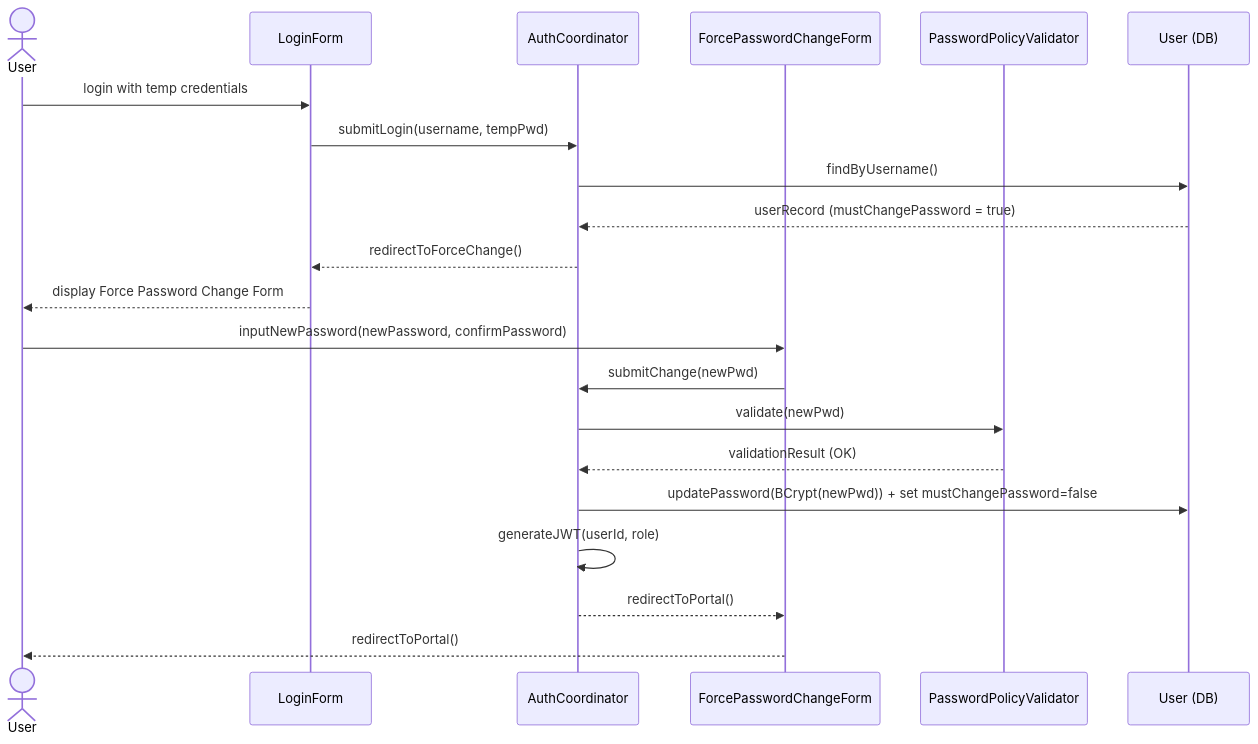
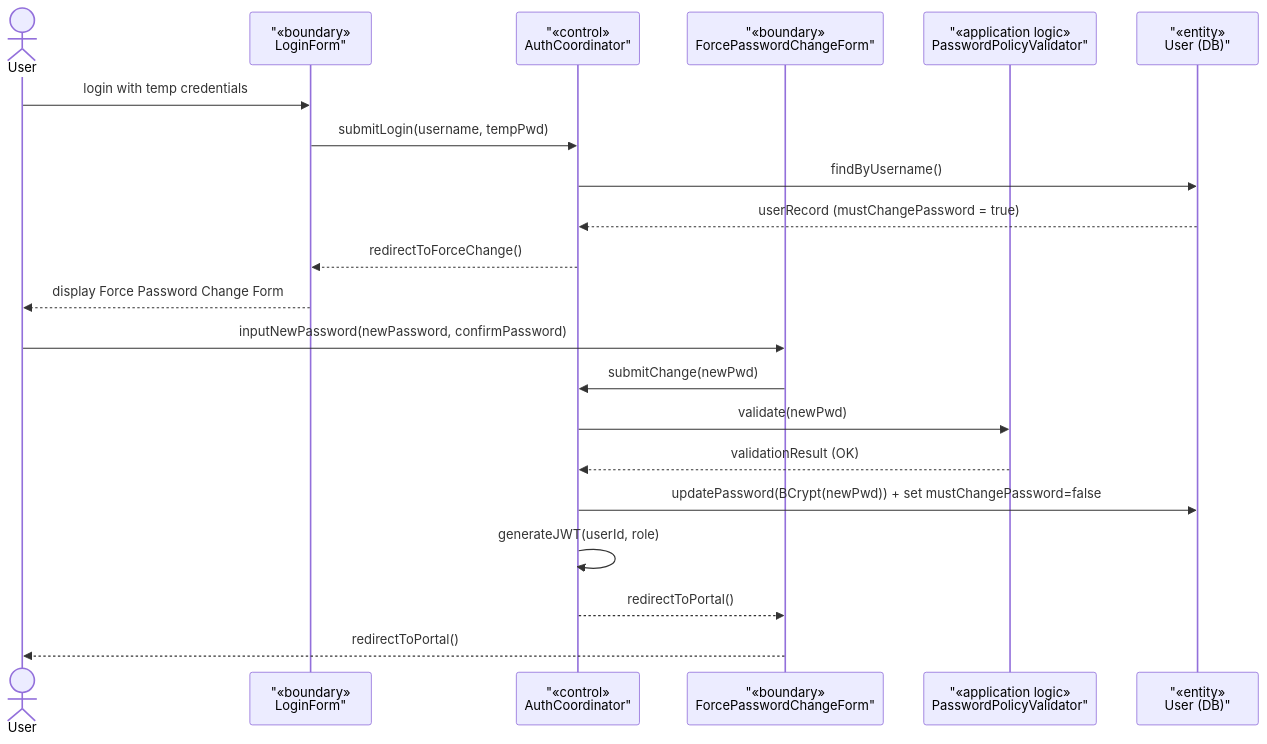
One commit to Shaichi/Khoga_coffe_shop changed the fourth of 6 diagrams in rds_sections/04_detailed_3_1_system_access_security.md. Above: the diagram before and after it, drawn with Mermaid. The commit also changed other lines of this file and 13 other files, not shown here.

Commit message:
docs(rds): Update User entity fields and change Decimal to BigDecimal

````diff
--- a/rds_sections/04_detailed_3_1_system_access_security.md
+++ b/rds_sections/04_detailed_3_1_system_access_security.md
@@ -213,25 +216,25 @@
 ```mermaid
 sequenceDiagram
     actor User
-    participant LoginForm
-    participant AuthCoordinator
-    participant ForceChangeForm as ForcePasswordChangeForm
-    participant Validator as PasswordPolicyValidator
-    participant UserDB as User (DB)
+participant LoginForm as "«boundary»<br/>LoginForm"
+participant AuthCoordinator as "«control»<br/>AuthCoordinator"
+participant ForceChangeForm as "«boundary»<br/>ForcePasswordChangeForm"
+participant Validator as "«application logic»<br/>PasswordPolicyValidator"
+participant UserDB as "«entity»<br/>User (DB)"
 
     User->>LoginForm: login with temp credentials
     LoginForm->>AuthCoordinator: submitLogin(username, tempPwd)
     AuthCoordinator->>UserDB: findByUsername()
     UserDB-->>AuthCoordinator: userRecord (mustChangePassword = true)
     AuthCoordinator-->>LoginForm: redirectToForceChange()
     LoginForm-->>User: display Force Password Change Form
 
     User->>ForceChangeForm: inputNewPassword(newPassword, confirmPassword)
     ForceChangeForm->>AuthCoordinator: submitChange(newPwd)
     AuthCoordinator->>Validator: validate(newPwd)
     Validator-->>AuthCoordinator: validationResult (OK)
     AuthCoordinator->>UserDB: updatePassword(BCrypt(newPwd)) + set mustChangePassword=false
     AuthCoordinator->>AuthCoordinator: generateJWT(userId, role)
     AuthCoordinator-->>ForceChangeForm: redirectToPortal()
     ForceChangeForm-->>User: redirectToPortal()
 ```
````
